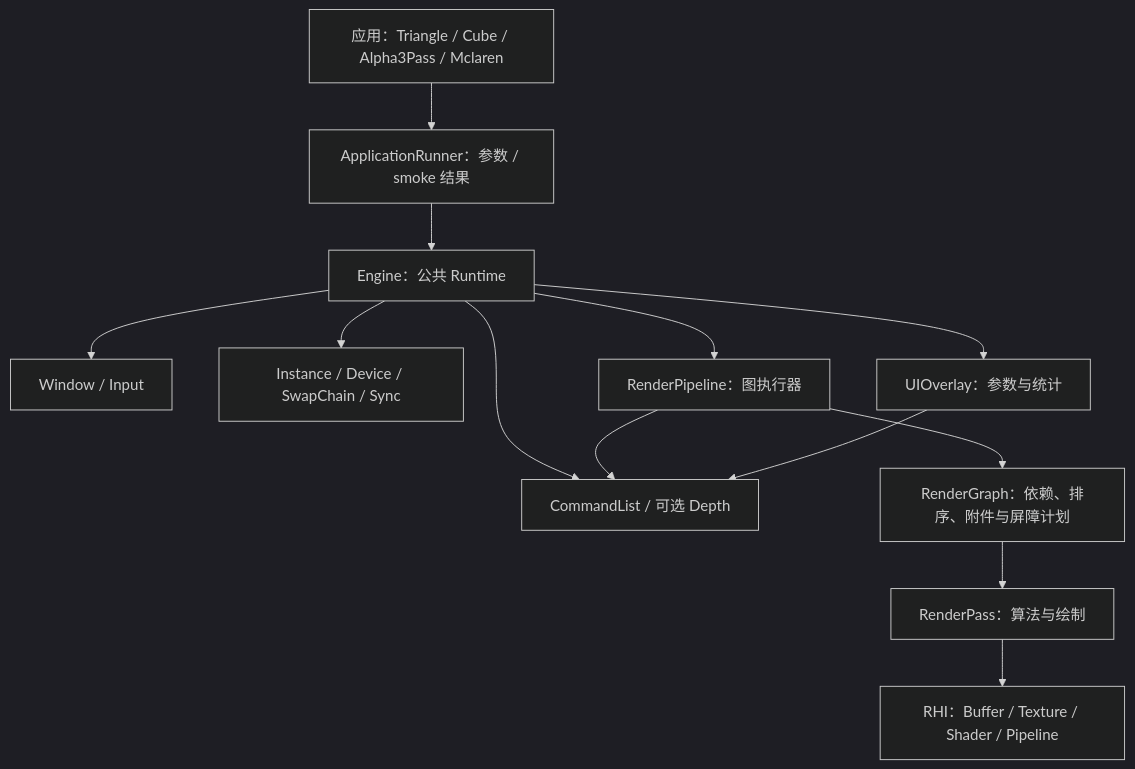
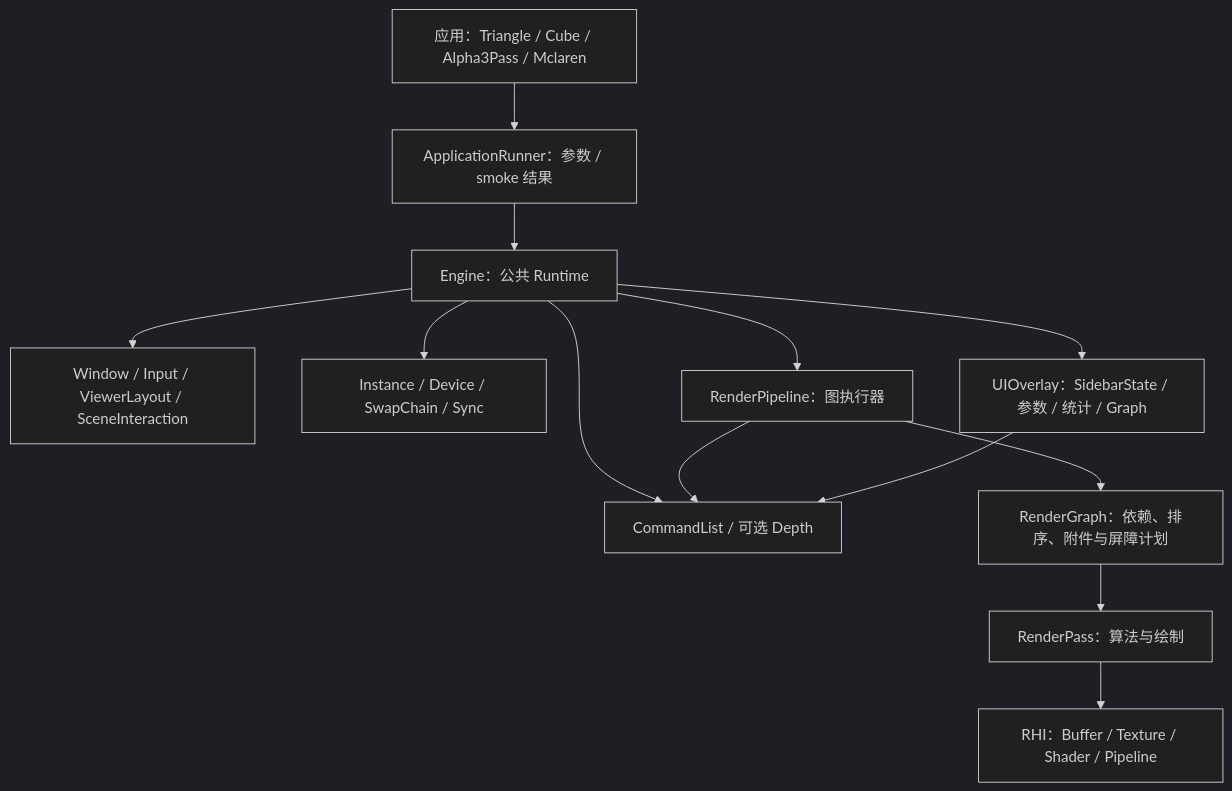
Before and after one commit to Cyberyb/KuEngine: the first of 2 diagrams in docs/structure/current-architecture.md, drawn with Mermaid (dark theme). The commit also changed other lines of this file and 67 other files, not shown here.

````diff
--- a/docs/structure/current-architecture.md
+++ b/docs/structure/current-architecture.md
@@ -13,24 +13,24 @@
 ```mermaid
 flowchart TB
     App["应用：Triangle / Cube / Alpha3Pass / Mclaren"]
     Runner["ApplicationRunner：参数 / smoke 结果"]
     Runtime["Engine：公共 Runtime"]
-    Platform["Window / Input"]
+    Platform["Window / Input / ViewerLayout / SceneInteraction"]
     Device["Instance / Device / SwapChain / Sync"]
     Frames["CommandList / 可选 Depth"]
     Pipeline["RenderPipeline：图执行器"]
     Graph["RenderGraph：依赖、排序、附件与屏障计划"]
     Pass["RenderPass：算法与绘制"]
-    UI["UIOverlay：参数与统计"]
+    UI["UIOverlay：SidebarState / 参数 / 统计 / Graph"]
     App --> Runner --> Runtime
     Runtime --> Platform
     Runtime --> Device
     Runtime --> Frames
     Runtime --> Pipeline
     Pipeline --> Graph
     Graph --> Pass
     Runtime --> UI
     Pass --> RHI["RHI：Buffer / Texture / Shader / Pipeline"]
     Pipeline --> Frames
     UI --> Frames
 ```
````
